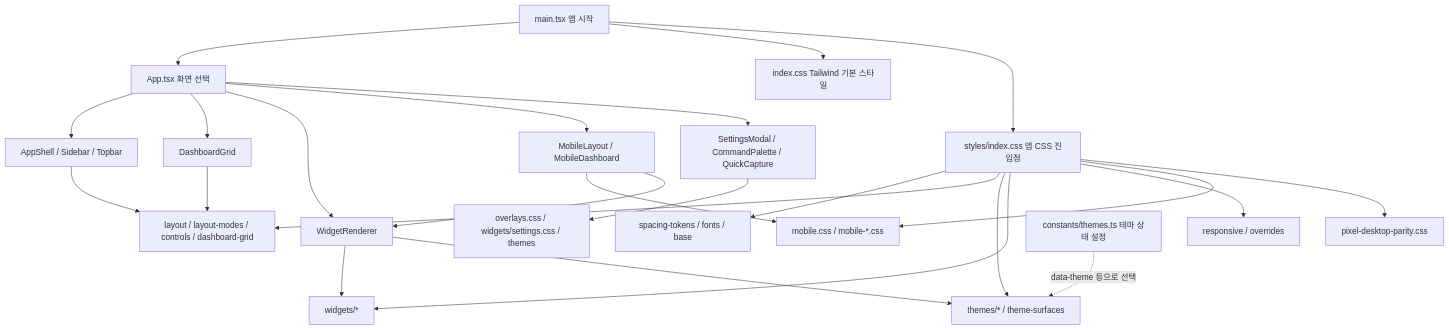
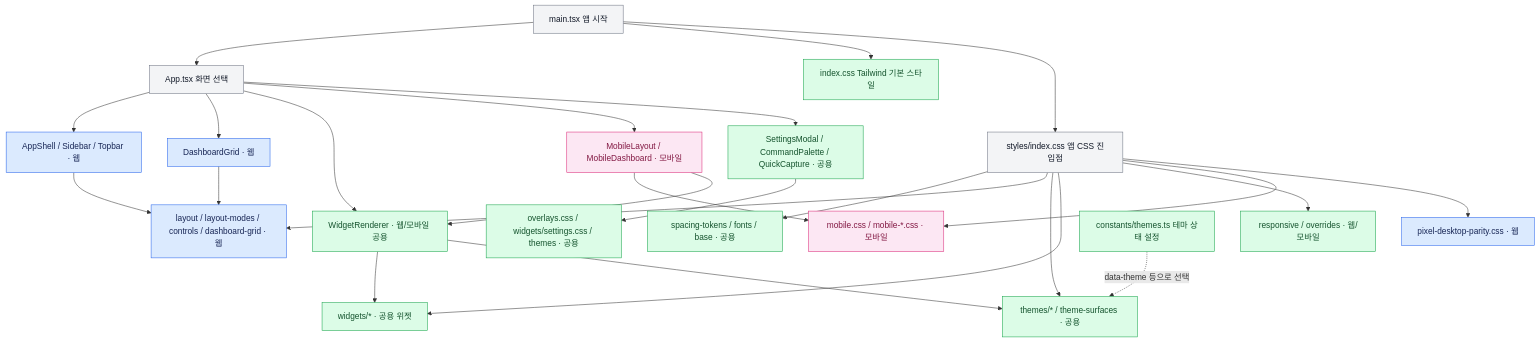
The diagram in docs/CSS_STRUCTURE.md (haileychoii/glassday), drawn with Mermaid before and after one commit. The commit also changed other lines of this file, not shown here.

Commit message:
Color-code web and mobile CSS map
Distinguish web-only, mobile-only, shared, and application-entry components in the TSX-to-CSS Mermaid diagram using a consistent color legend. Label shared WidgetRenderer and shared widget/theme styles so the reused architecture is clear at a glance.

````diff
--- a/docs/CSS_STRUCTURE.md
+++ b/docs/CSS_STRUCTURE.md
@@ -7,30 +7,39 @@
 ```mermaid
 flowchart TD
   Main[main.tsx 앱 시작] --> App[App.tsx 화면 선택]
   Main --> Tailwind[index.css Tailwind 기본 스타일]
   Main --> Entry[styles/index.css 앱 CSS 진입점]
 
-  App --> Shell[AppShell / Sidebar / Topbar]
-  App --> Grid[DashboardGrid]
-  App --> Render[WidgetRenderer]
-  App --> Mobile[MobileLayout / MobileDashboard]
-  App --> Overlay[SettingsModal / CommandPalette / QuickCapture]
+  App --> Shell[AppShell / Sidebar / Topbar · 웹]
+  App --> Grid[DashboardGrid · 웹]
+  App --> Render[WidgetRenderer · 웹/모바일 공용]
+  App --> Mobile[MobileLayout / MobileDashboard · 모바일]
+  App --> Overlay[SettingsModal / CommandPalette / QuickCapture · 공용]
 
-  Entry --> Foundation[spacing-tokens / fonts / base]
-  Entry --> LayoutCSS[layout / layout-modes / controls / dashboard-grid]
-  Entry --> ThemeCSS[themes/* / theme-surfaces]
-  Entry --> WidgetCSS[widgets/*]
-  Entry --> Responsive[responsive / overrides]
-  Entry --> MobileCSS[mobile.css / mobile-*.css]
-  Entry --> PixelCSS[pixel-desktop-parity.css]
+  Entry --> Foundation[spacing-tokens / fonts / base · 공용]
+  Entry --> LayoutCSS[layout / layout-modes / controls / dashboard-grid · 웹]
+  Entry --> ThemeCSS[themes/* / theme-surfaces · 공용]
+  Entry --> WidgetCSS[widgets/* · 공용 위젯]
+  Entry --> Responsive[responsive / overrides · 웹/모바일]
+  Entry --> MobileCSS[mobile.css / mobile-*.css · 모바일]
+  Entry --> PixelCSS[pixel-desktop-parity.css · 웹]
 
   Shell --> LayoutCSS
   Grid --> LayoutCSS
   Render --> WidgetCSS
   Render --> ThemeCSS
   Mobile --> MobileCSS
   Mobile --> Render
-  Overlay --> OverlayCSS[overlays.css / widgets/settings.css / themes]
+  Overlay --> OverlayCSS[overlays.css / widgets/settings.css / themes · 공용]
 
   ThemeState[constants/themes.ts 테마 상태 설정] -. data-theme 등으로 선택 .-> ThemeCSS
+
+  classDef app fill:#f3f4f6,stroke:#6b7280,color:#111827
+  classDef web fill:#dbeafe,stroke:#2563eb,color:#172554
+  classDef mobile fill:#fce7f3,stroke:#db2777,color:#831843
+  classDef shared fill:#dcfce7,stroke:#16a34a,color:#14532d
+  class Main,App,Entry app
+  class Shell,Grid,LayoutCSS,PixelCSS web
+  class Mobile,MobileCSS mobile
+  class Tailwind,Render,Overlay,OverlayCSS,Foundation,ThemeCSS,WidgetCSS,Responsive,ThemeState shared
 ```
````
